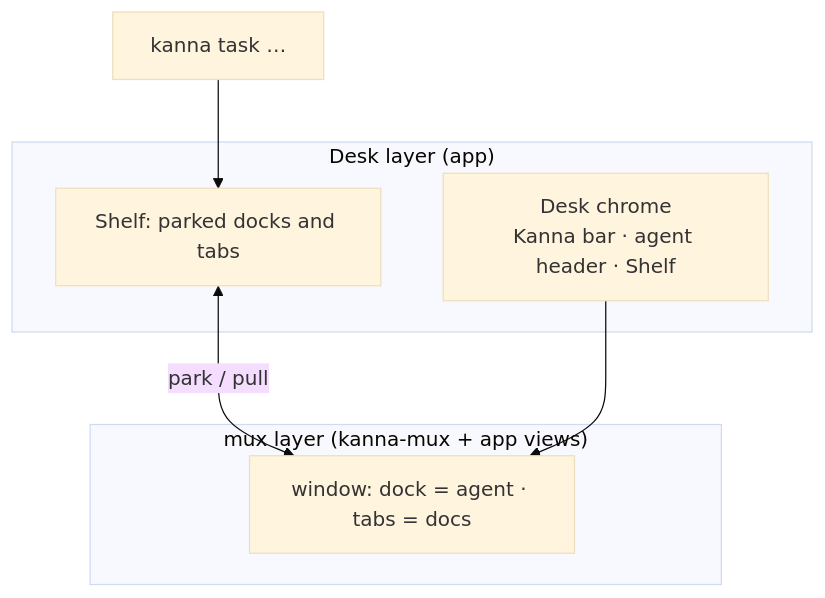
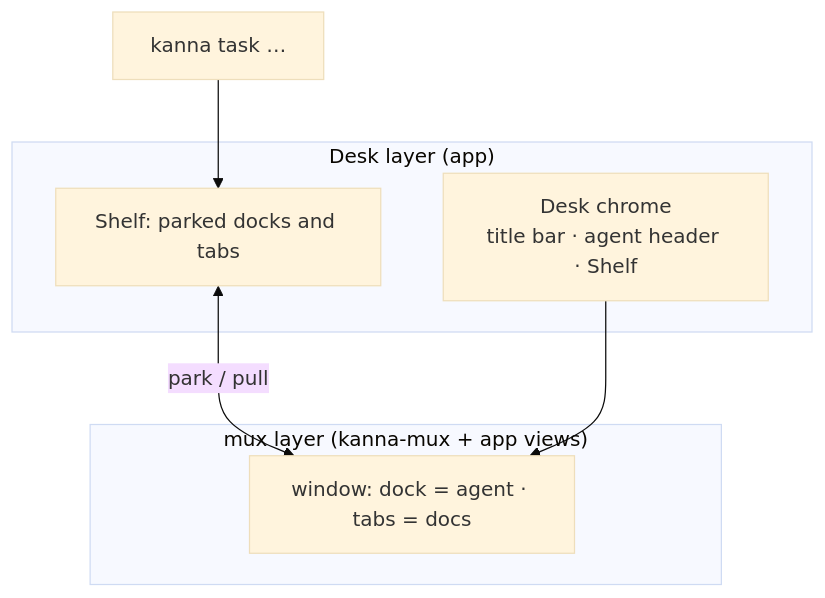
The third of 3 diagrams in docs/specs/desk.md (jemdiggity/kanna-v4), drawn with Mermaid (base theme) before and after one commit. The commit also changed other lines of this file and 3 other files, not shown here.

Commit message:
Desk: the title bar shows only the task's title; Park is an icon named in its tooltip

````diff
--- a/docs/specs/desk.md
+++ b/docs/specs/desk.md
@@ -74,13 +74,13 @@
 ```mermaid
 flowchart TB
     subgraph mux["mux layer (kanna-mux + app views)"]
         W["window: dock = agent · tabs = docs"]
     end
     subgraph desk["Desk layer (app)"]
         T["Shelf: parked docks and tabs"]
-        C["Desk chrome<br/>Kanna bar · agent header · Shelf"]
+        C["Desk chrome<br/>title bar · agent header · Shelf"]
     end
     T <-->|"park / pull"| W
     C --> W
     CLI["kanna task …"] --> T
 ```
````
